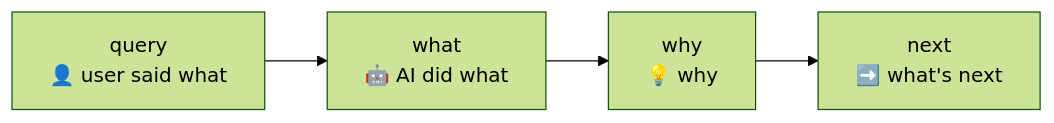
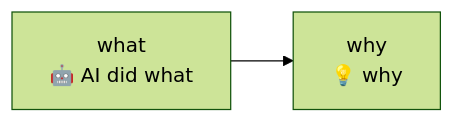
The second of 4 diagrams in docs/EN/cli.md (dozybot001/Intent), drawn with Mermaid (forest theme) before and after one commit. The commit also changed other lines of this file and 3 other files, not shown here.

First line of the commit message:
Remove query and next fields from CLI: simplify objects for retrospective mode

````diff
--- a/docs/EN/cli.md
+++ b/docs/EN/cli.md
@@ -59,4 +59,4 @@
 ```mermaid
 flowchart LR
-  Q["query\n👤 user said what"] --> W["what\n🤖 AI did what"] --> Y["why\n💡 why"] --> N["next\n➡️ what's next"]
+  W["what\n🤖 AI did what"] --> Y["why\n💡 why"]
 ```
````
